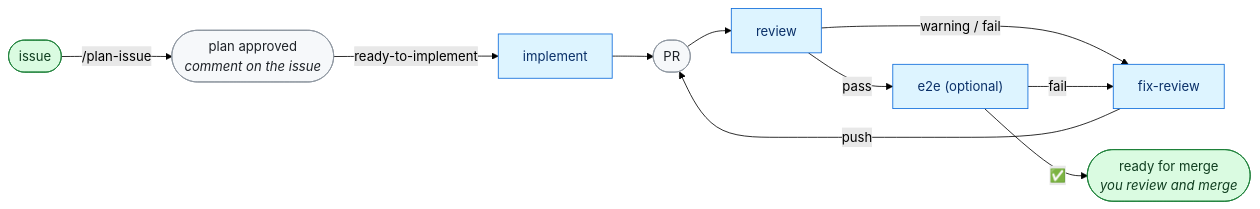
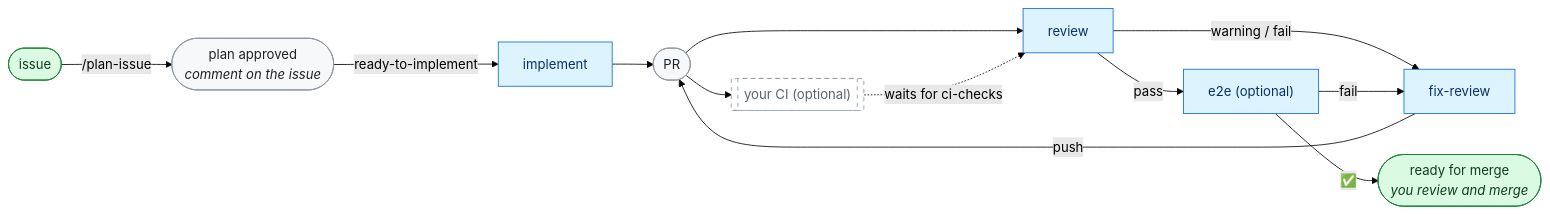
Before and after one commit to jmformenti/patufet: the diagram in README.md, drawn with Mermaid (forest theme). The commit also changed other lines of this file, not shown here.

Commit message:
docs: show the repository's own CI in the README diagram
A dashed, optional node: patufet does not change the CI, the review waits
for its ci-checks and a red CI is always fail. Without CI the review starts
right away and the agents run the documented tests.

````diff
--- a/README.md
+++ b/README.md
@@ -7,30 +7,35 @@
 ```mermaid
 flowchart LR
     issue([issue])
     plan(["`plan approved
     _comment on the issue_`"])
     implement[implement]
     pr([PR])
+    ci[["your CI (optional)"]]
     review[review]
     fix[fix-review]
     e2e["e2e (optional)"]
     ready(["`ready for merge
     _you review and merge_`"])
 
     issue -->|"/plan-issue"| plan
     plan -->|"ready-to-implement"| implement
     implement --> pr
     pr --> review
+    pr --> ci
+    ci -.->|"waits for ci-checks"| review
     review -->|"warning / fail"| fix
     fix -->|push| pr
     review -->|pass| e2e
     e2e -->|fail| fix
     e2e -->|✅| ready
 
     classDef endpoint fill:#dafbe1,stroke:#1a7f37,color:#0f3d1f
     classDef state fill:#f6f8fa,stroke:#8c959f,color:#1f2328
     classDef stage fill:#ddf4ff,stroke:#0969da,color:#0a3069
+    classDef external fill:#ffffff,stroke:#8c959f,color:#59636e,stroke-dasharray:5 5
     class issue,ready endpoint
     class plan,pr state
     class implement,review,fix,e2e stage
+    class ci external
 ```
````
